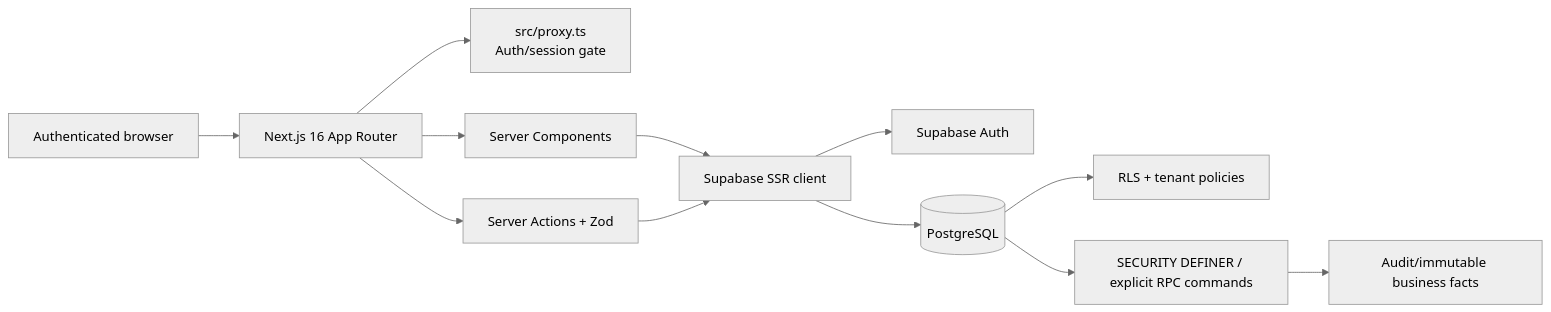
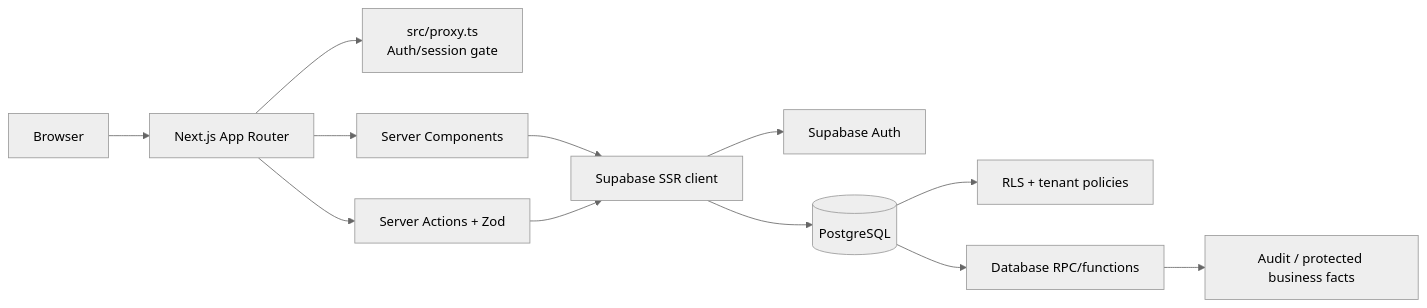
The diagram in ARCHITECTURE.md (mohamedmasoud3030-tech/Terranex), drawn with Mermaid (neutral theme) before and after one commit. The commit also changed other lines of this file, not shown here.

Commit message:
docs: correct verified architecture and CI runtime

````diff
--- a/ARCHITECTURE.md
+++ b/ARCHITECTURE.md
@@ -11,14 +11,14 @@
 ```mermaid
 flowchart LR
-  U[Authenticated browser] --> N[Next.js 16 App Router]
+  U[Browser] --> N[Next.js App Router]
   N --> P[src/proxy.ts\nAuth/session gate]
   N --> SC[Server Components]
   N --> SA[Server Actions + Zod]
   SC --> SSR[Supabase SSR client]
   SA --> SSR
   SSR --> A[Supabase Auth]
   SSR --> DB[(PostgreSQL)]
   DB --> RLS[RLS + tenant policies]
-  DB --> RPC[SECURITY DEFINER / explicit RPC commands]
-  RPC --> AUD[Audit/immutable business facts]
+  DB --> RPC[Database RPC/functions]
+  RPC --> AUD[Audit / protected business facts]
 ```
````
